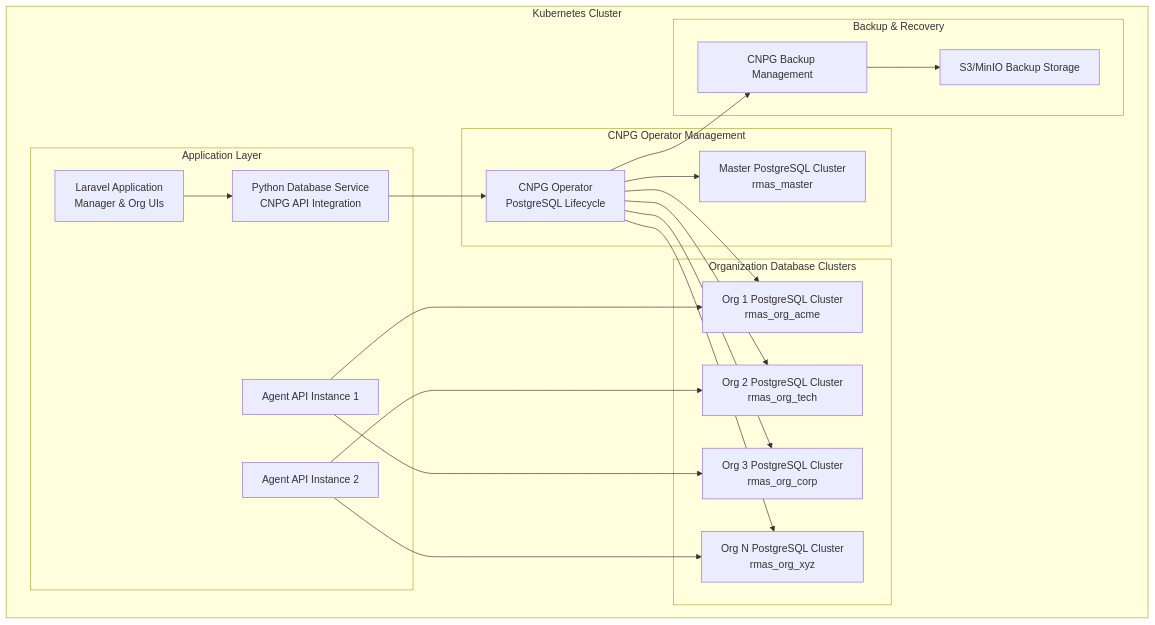
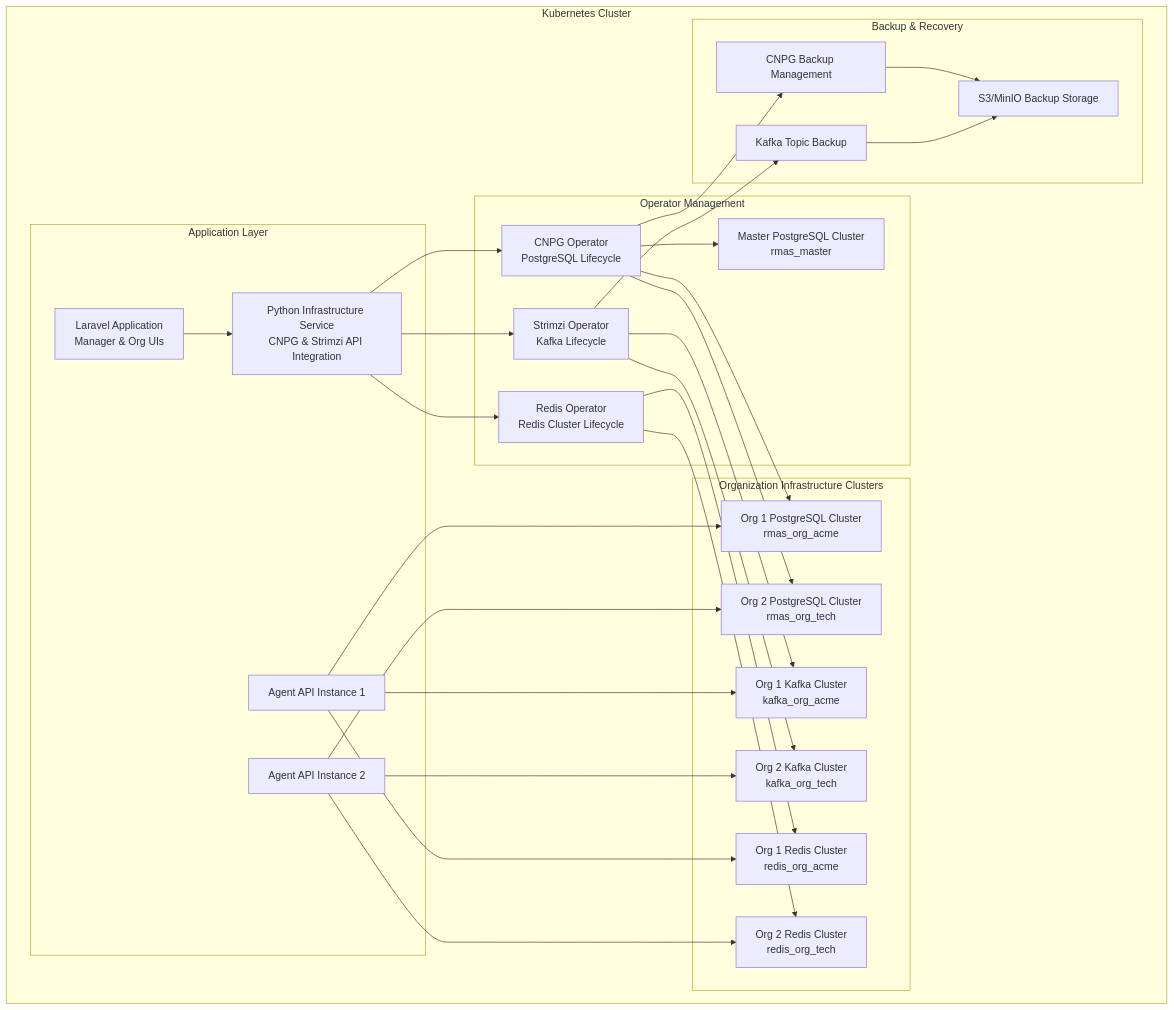
Before and after one commit to kustav123/radmin: the first of 4 diagrams in LLD/database/multi-tenancy.md, drawn with Mermaid. The commit also changed other lines of this file and 1 other file, not shown here.

````diff
--- a/LLD/database/multi-tenancy.md
+++ b/LLD/database/multi-tenancy.md
@@ -7,44 +7,62 @@
 ```mermaid
 graph TB
     subgraph "Kubernetes Cluster"
         subgraph "Application Layer"
             LaravelApp[Laravel Application<br/>Manager & Org UIs]
-            PythonDBService[Python Database Service<br/>CNPG API Integration]
+            PythonInfraService[Python Infrastructure Service<br/>CNPG & Strimzi API Integration]
             AAPI1[Agent API Instance 1]
             AAPI2[Agent API Instance 2]
         end
         
-        subgraph "CNPG Operator Management"
+        subgraph "Operator Management"
             CNPGOperator[CNPG Operator<br/>PostgreSQL Lifecycle]
+            StrimziOperator[Strimzi Operator<br/>Kafka Lifecycle]
+            RedisOperator[Redis Operator<br/>Redis Cluster Lifecycle]
             MasterCluster[Master PostgreSQL Cluster<br/>rmas_master]
         end
         
-        subgraph "Organization Database Clusters"
+        subgraph "Organization Infrastructure Clusters"
             OrgCluster1[Org 1 PostgreSQL Cluster<br/>rmas_org_acme]
+            OrgKafka1[Org 1 Kafka Cluster<br/>kafka_org_acme]
+            OrgRedis1[Org 1 Redis Cluster<br/>redis_org_acme]
+            
             OrgCluster2[Org 2 PostgreSQL Cluster<br/>rmas_org_tech]
-            OrgCluster3[Org 3 PostgreSQL Cluster<br/>rmas_org_corp]
-            OrgClusterN[Org N PostgreSQL Cluster<br/>rmas_org_xyz]
+            OrgKafka2[Org 2 Kafka Cluster<br/>kafka_org_tech]
+            OrgRedis2[Org 2 Redis Cluster<br/>redis_org_tech]
         end
         
         subgraph "Backup & Recovery"
             BackupStorage[S3/MinIO Backup Storage]
             CNPGBackup[CNPG Backup Management]
+            KafkaBackup[Kafka Topic Backup]
         end
     end
     
-    LaravelApp --> PythonDBService
-    PythonDBService --> CNPGOperator
+    LaravelApp --> PythonInfraService
+    PythonInfraService --> CNPGOperator
+    PythonInfraService --> StrimziOperator
+    PythonInfraService --> RedisOperator
+    
     CNPGOperator --> MasterCluster
     CNPGOperator --> OrgCluster1
     CNPGOperator --> OrgCluster2
-    CNPGOperator --> OrgCluster3
-    CNPGOperator --> OrgClusterN
+    
+    StrimziOperator --> OrgKafka1
+    StrimziOperator --> OrgKafka2
+    
+    RedisOperator --> OrgRedis1
+    RedisOperator --> OrgRedis2
     
     AAPI1 --> OrgCluster1
-    AAPI1 --> OrgCluster3
+    AAPI1 --> OrgKafka1
+    AAPI1 --> OrgRedis1
+    
     AAPI2 --> OrgCluster2
-    AAPI2 --> OrgClusterN
+    AAPI2 --> OrgKafka2
+    AAPI2 --> OrgRedis2
     
     CNPGBackup --> BackupStorage
+    KafkaBackup --> BackupStorage
     CNPGOperator --> CNPGBackup
+    StrimziOperator --> KafkaBackup
 ```
````
